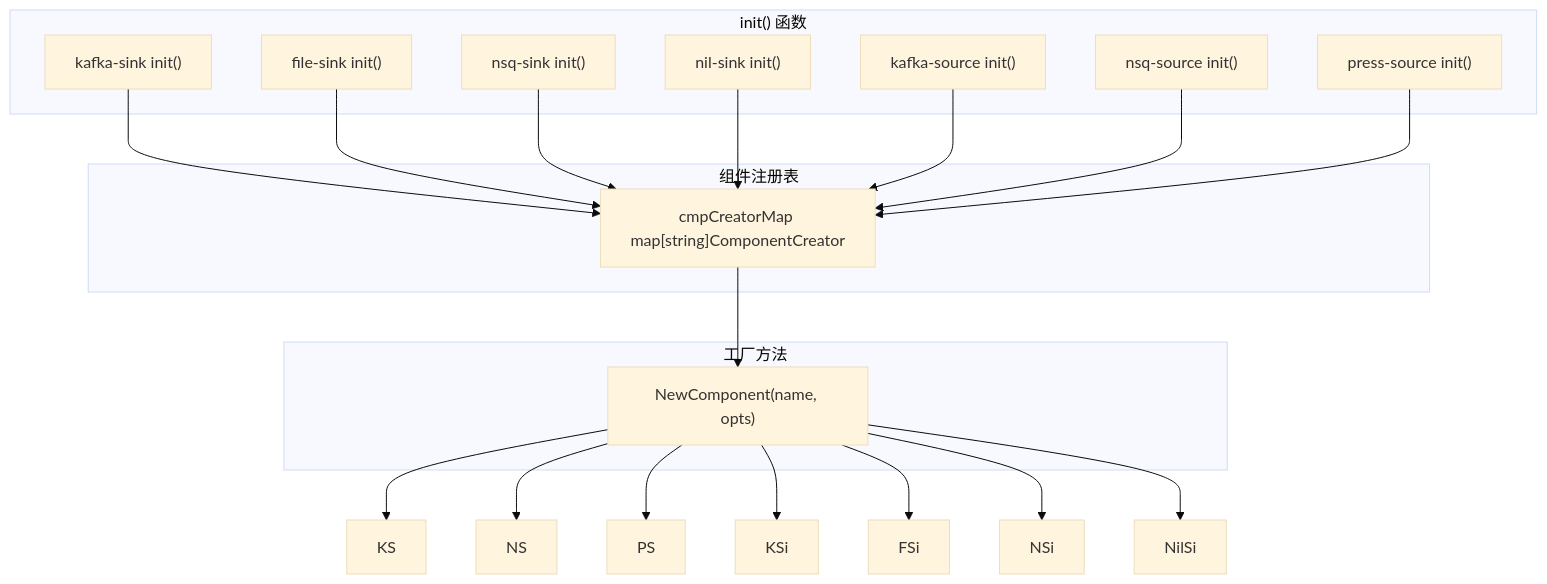
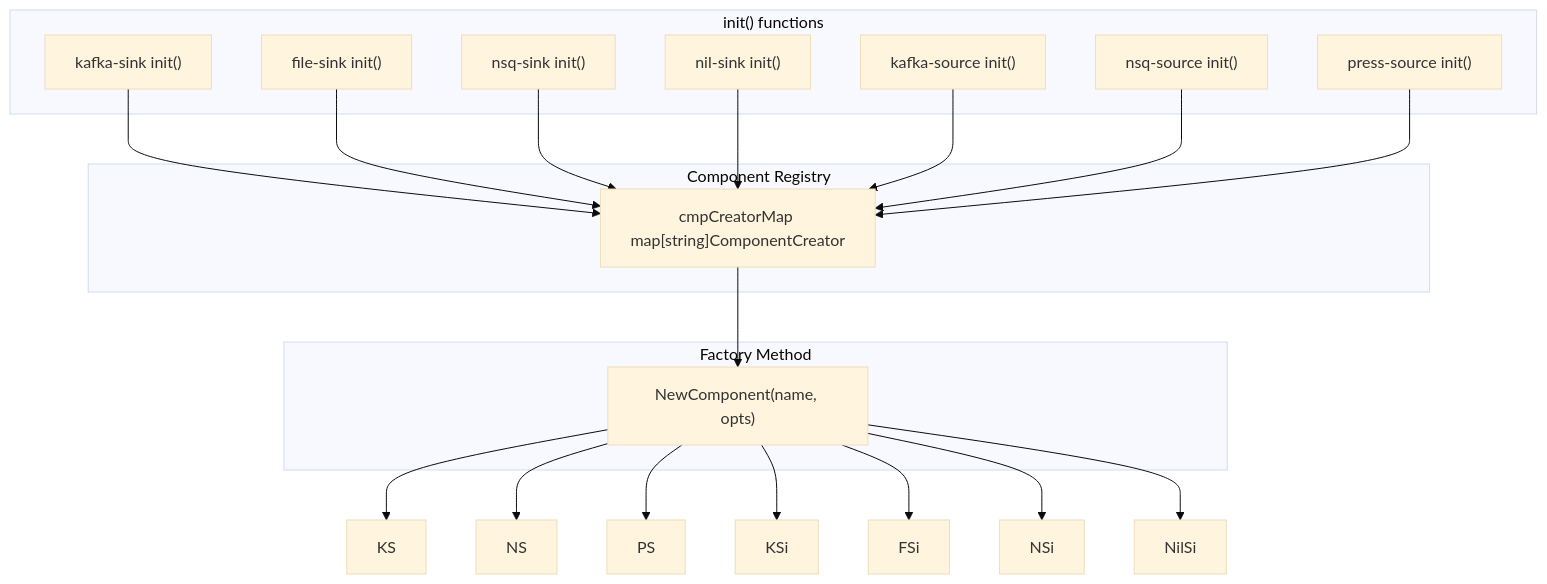
Before and after one commit to zxpbenson/dior: the fifth of 5 diagrams in docs/architecture.md, drawn with Mermaid (base theme). The commit also changed other lines of this file, not shown here.

Commit message:
类图换成英文版本

````diff
--- a/docs/architecture.md
+++ b/docs/architecture.md
@@ -295,37 +296,37 @@
 ```mermaid
 flowchart TB
-    subgraph init["init() 函数"]
+    subgraph init["init() functions"]
         KSi_init["kafka-sink init()"]
         FSi_init["file-sink init()"]
         NSi_init["nsq-sink init()"]
         NilSi_init["nil-sink init()"]
         KS_init["kafka-source init()"]
         NS_init["nsq-source init()"]
         PS_init["press-source init()"]
     end
     
-    subgraph Registry["组件注册表"]
+    subgraph Registry["Component Registry"]
         Map["cmpCreatorMap map[string]ComponentCreator"]
     end
     
     KSi_init --> Map
     FSi_init --> Map
     NSi_init --> Map
     NilSi_init --> Map
     KS_init --> Map
     NS_init --> Map
     PS_init --> Map
     
-    subgraph Factory["工厂方法"]
+    subgraph Factory["Factory Method"]
         NC["NewComponent(name, opts)"]
     end
     
     Map --> NC
     NC --> KS
     NC --> NS
     NC --> PS
     NC --> KSi
     NC --> FSi
     NC --> NSi
     NC --> NilSi
 ```
````
